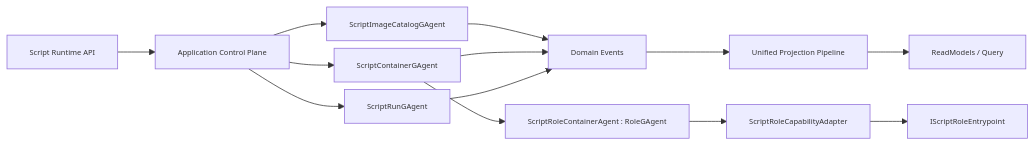
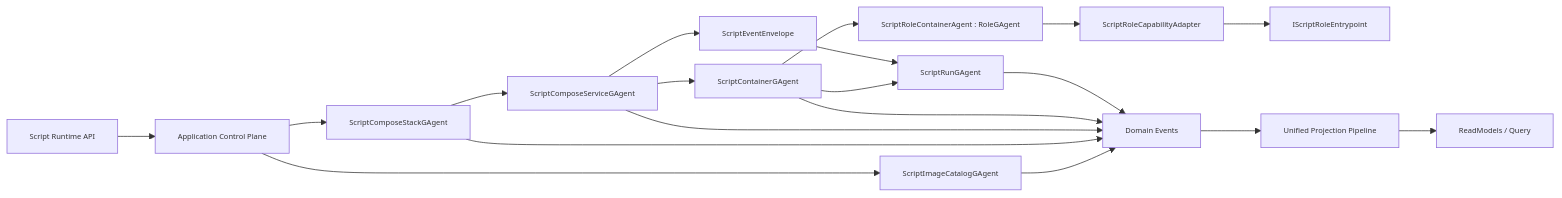
One commit to aevatarAI/aevatar changed the diagram in docs/architecture/ai-script-runtime-implementation-change-plan.md. Above: the diagram before and after it, drawn with Mermaid. The commit also changed other lines of this file and 1 other file, not shown here.

First line of the commit message:
Update AI Script Runtime architecture documents to version 1.3 and enhance CI consistency

````diff
--- a/docs/architecture/ai-script-runtime-implementation-change-plan.md
+++ b/docs/architecture/ai-script-runtime-implementation-change-plan.md
@@ -82,16 +89,22 @@
 ```mermaid
 %%{init: {"maxTextSize": 100000, "flowchart": {"useMaxWidth": false, "nodeSpacing": 10, "rankSpacing": 50}, "themeVariables": {"fontSize": "10px"}}}%%
 flowchart LR
     API["Script Runtime API"] --> APP["Application Control Plane"]
-    APP --> IMG["ScriptImageCatalogGAgent"]
-    APP --> CTR["ScriptContainerGAgent"]
-    APP --> RUN["ScriptRunGAgent"]
+    APP --> CMP["ScriptComposeStackGAgent"]
+    CMP --> SVC["ScriptComposeServiceGAgent"]
+    SVC --> CTR["ScriptContainerGAgent"]
+    CTR --> RUN["ScriptRunGAgent"]
     CTR --> ROLE["ScriptRoleContainerAgent : RoleGAgent"]
     ROLE --> ADP["ScriptRoleCapabilityAdapter"]
     ADP --> ENT["IScriptRoleEntrypoint"]
+    APP --> IMG["ScriptImageCatalogGAgent"]
+    SVC --> ENV["ScriptEventEnvelope"]
+    ENV --> RUN
     IMG --> EVT["Domain Events"]
+    CMP --> EVT
+    SVC --> EVT
     CTR --> EVT
     RUN --> EVT
     EVT --> PROJ["Unified Projection Pipeline"]
     PROJ --> RM["ReadModels / Query"]
 ```
````
